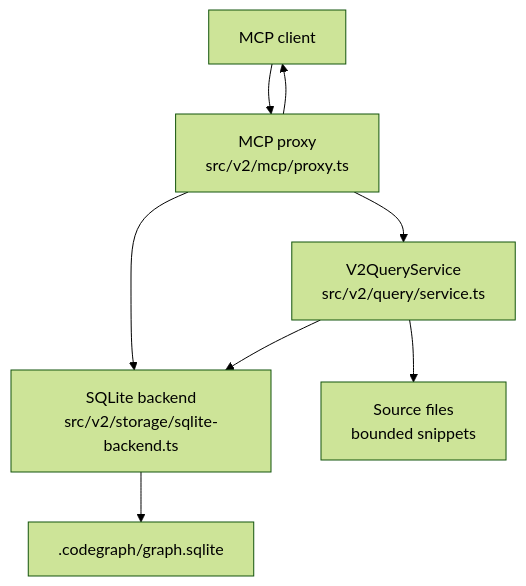
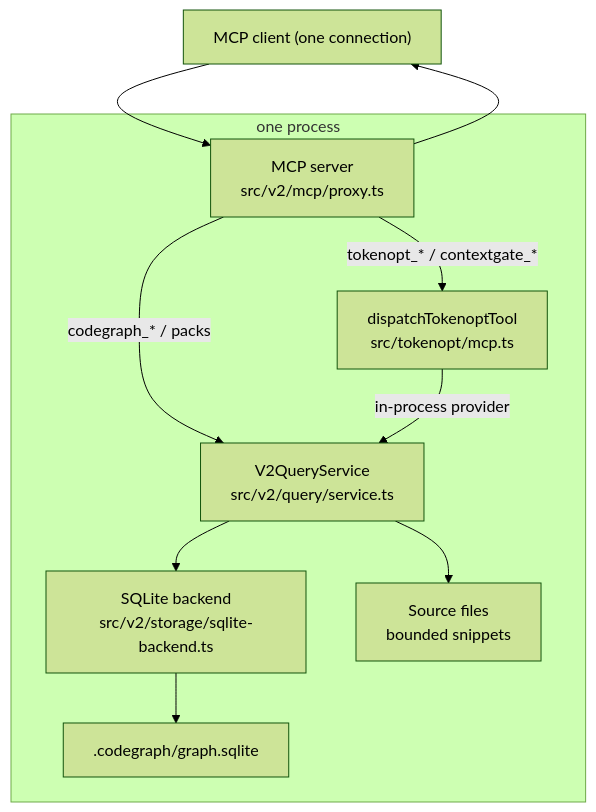
The first of 2 diagrams in docs/ARCHITECTURE.md (vndkubi/code-graph), drawn with Mermaid (forest theme) before and after one commit. The commit also changed other lines of this file and 21 other files, not shown here.

First line of the commit message:
@ docs: replace docs/ with a fresh fused-architecture doc set

````diff
--- a/docs/ARCHITECTURE.md
+++ b/docs/ARCHITECTURE.md
@@ -55,10 +27,15 @@
 ```mermaid
 flowchart TD
-  Client["MCP client"] --> Proxy["MCP proxy\nsrc/v2/mcp/proxy.ts"]
-  Proxy --> Backend["SQLite backend\nsrc/v2/storage/sqlite-backend.ts"]
-  Backend --> DB[".codegraph/graph.sqlite"]
-  Proxy --> Query["V2QueryService\nsrc/v2/query/service.ts"]
-  Query --> Backend
-  Query --> Source["Source files\nbounded snippets"]
+  Client["MCP client (one connection)"] --> Proxy["MCP server\nsrc/v2/mcp/proxy.ts"]
+
+  subgraph one process
+    Proxy -->|tokenopt_* / contextgate_*| Gate["dispatchTokenoptTool\nsrc/tokenopt/mcp.ts"]
+    Proxy -->|codegraph_* / packs| Query["V2QueryService\nsrc/v2/query/service.ts"]
+    Gate -->|in-process provider| Query
+    Query --> Backend["SQLite backend\nsrc/v2/storage/sqlite-backend.ts"]
+    Backend --> DB[".codegraph/graph.sqlite"]
+    Query --> Source["Source files\nbounded snippets"]
+  end
+
   Proxy --> Client
 ```
````
